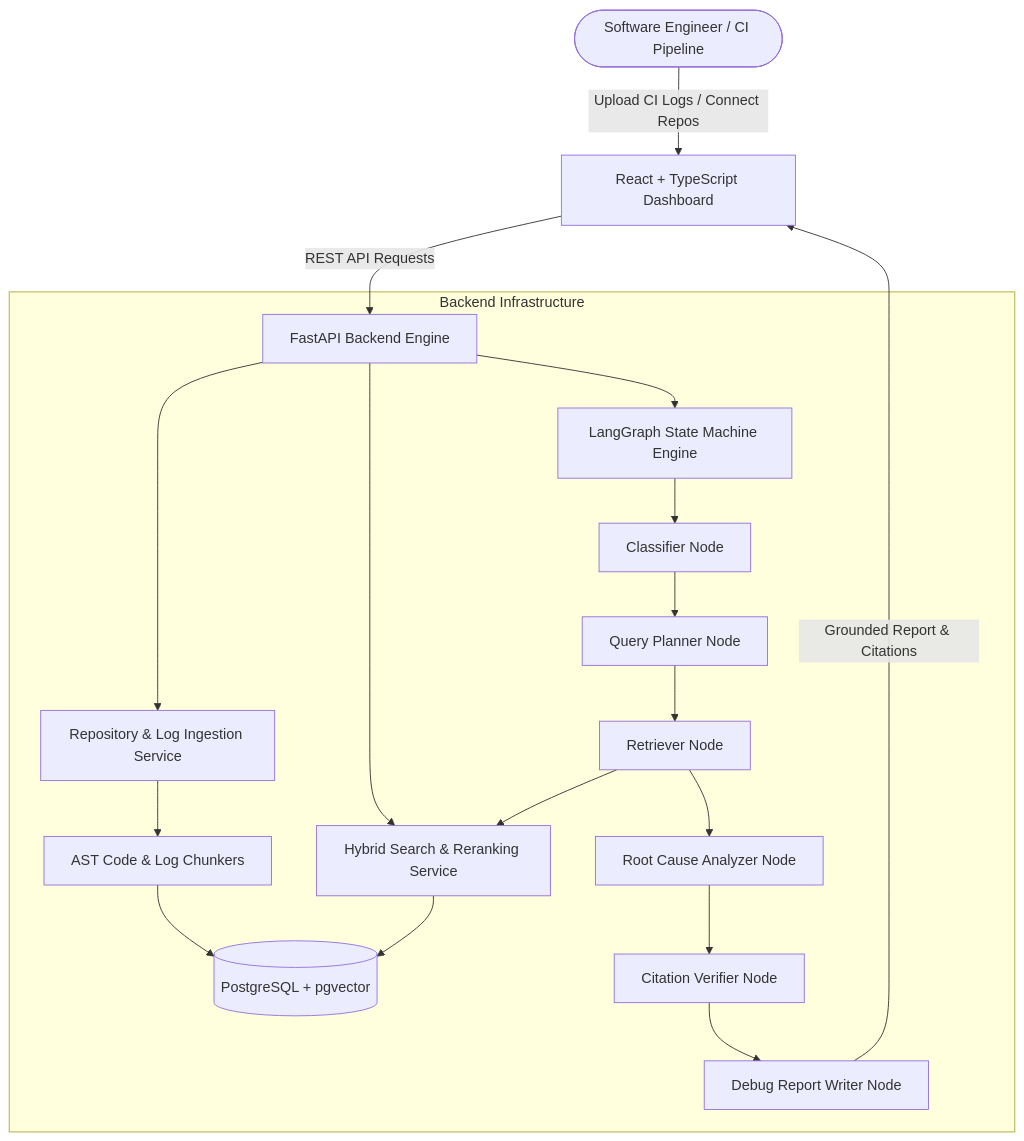
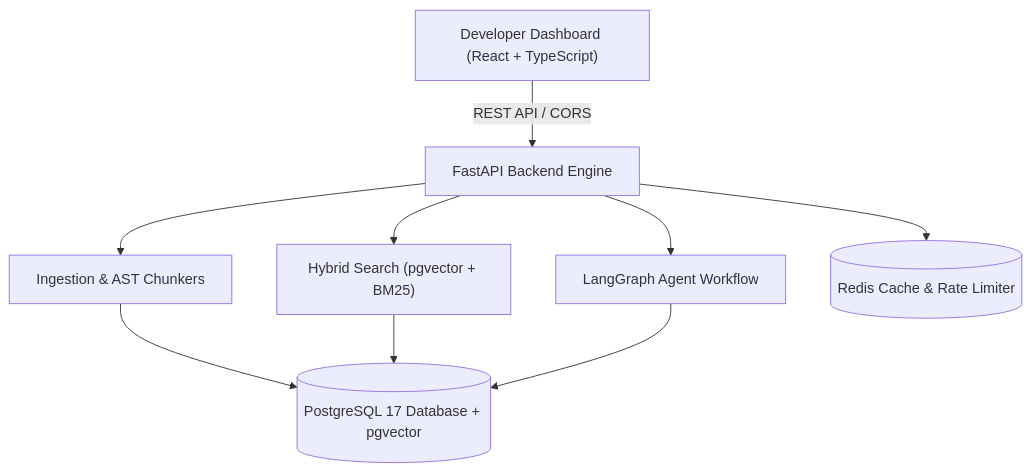
One commit to 202512105-priya/debugmind changed the first of 3 diagrams in README.md. Above: the diagram before and after it, drawn with Mermaid. The commit also changed other lines of this file and 9 other files, not shown here.

````diff
--- a/README.md
+++ b/README.md
@@ -41,25 +34,13 @@
 ```mermaid
 flowchart TD
-    User([Software Engineer / CI Pipeline]) -->|Upload CI Logs / Connect Repos| Frontend[React + TypeScript Dashboard]
-    Frontend -->|REST API Requests| FastAPI[FastAPI Backend Engine]
-
-    subgraph Backend Infrastructure
-        FastAPI --> Ingest[Repository & Log Ingestion Service]
-        Ingest --> Chunkers[AST Code & Log Chunkers]
-        Chunkers --> DB[(PostgreSQL + pgvector)]
-        
-        FastAPI --> Search[Hybrid Search & Reranking Service]
-        Search --> DB
-        
-        FastAPI --> Agent[LangGraph State Machine Engine]
-        Agent --> Classifier[Classifier Node]
-        Classifier --> Planner[Query Planner Node]
-        Planner --> Retriever[Retriever Node]
-        Retriever --> Search
-        Retriever --> Analyzer[Root Cause Analyzer Node]
-        Analyzer --> Verifier[Citation Verifier Node]
-        Verifier --> ReportWriter[Debug Report Writer Node]
-    end
-
-    ReportWriter -->|Grounded Report & Citations| Frontend
+    User["Developer Dashboard (React + TypeScript)"] -->|REST API / CORS| API["FastAPI Backend Engine"]
+    API --> Ingest["Ingestion & AST Chunkers"]
+    API --> Hybrid["Hybrid Search (pgvector + BM25)"]
+    API --> Agent["LangGraph Agent Workflow"]
+    
+    Ingest --> DB[("PostgreSQL 17 Database + pgvector")]
+    Hybrid --> DB
+    Agent --> DB
+    
+    API --> Cache[("Redis Cache & Rate Limiter")]
 ```
````
